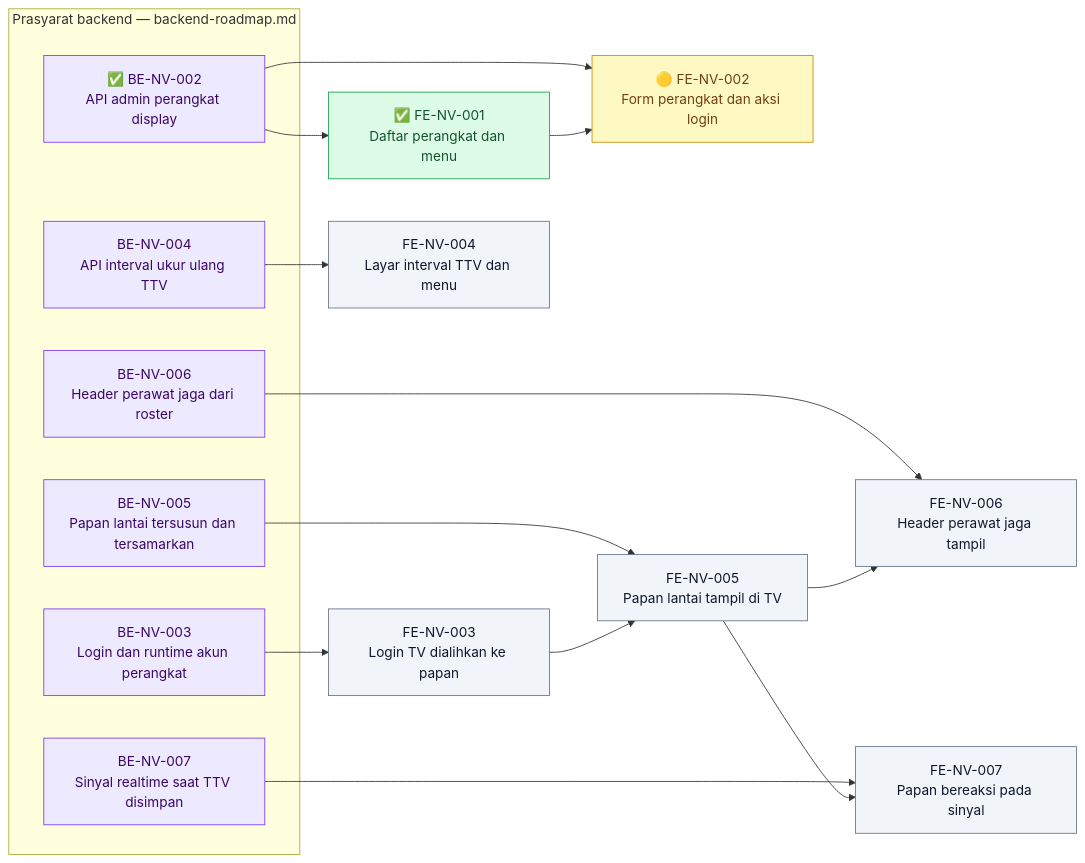
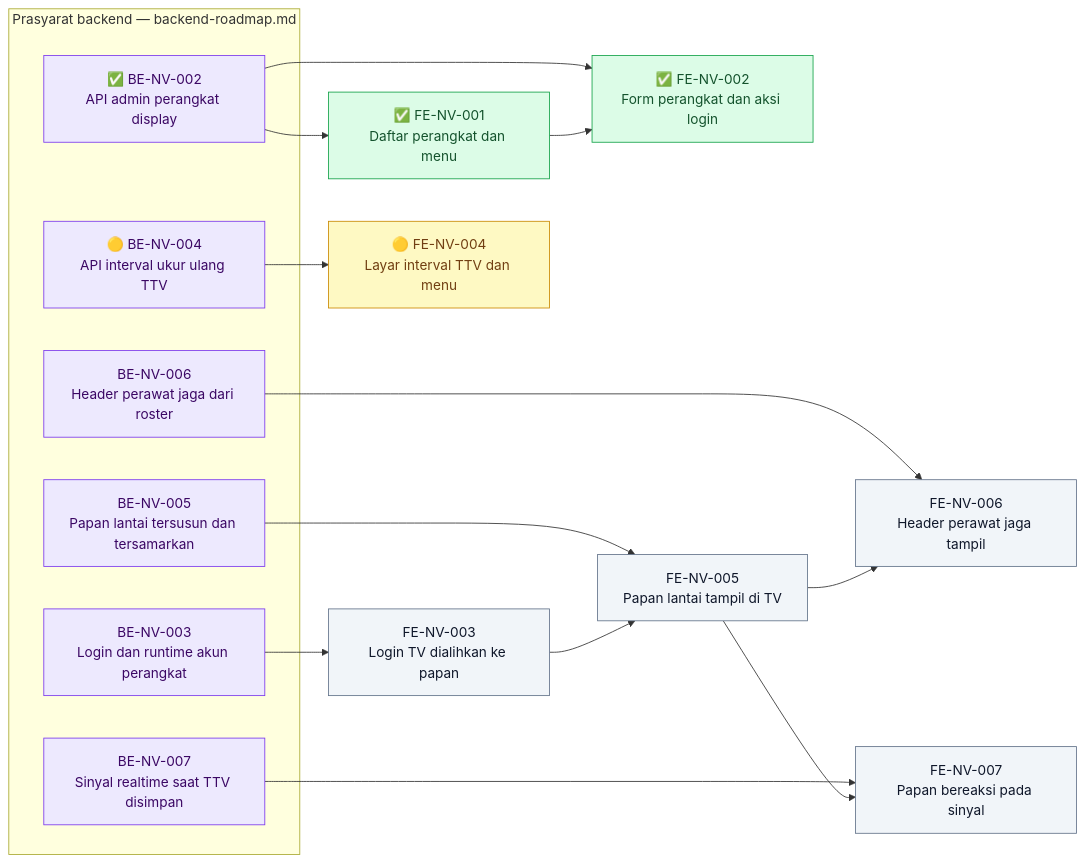
One commit to DevBenari/NewQuilvianSystemBackend changed the diagram in docs/module-blueprints/nurse-view/roadmap/frontend-roadmap.md. Above: the diagram before and after it, drawn with Mermaid. The commit also changed other lines of this file and 10 other files, not shown here.

````diff
--- a/docs/module-blueprints/nurse-view/roadmap/frontend-roadmap.md
+++ b/docs/module-blueprints/nurse-view/roadmap/frontend-roadmap.md
@@ -20,37 +20,37 @@
 ```mermaid
 flowchart LR
     classDef selesai fill:#DCFCE7,stroke:#16A34A,color:#14532D
     classDef sebagian fill:#FEF9C3,stroke:#CA8A04,color:#713F12
     classDef terblokir fill:#FEE2E2,stroke:#DC2626,color:#7F1D1D
     classDef belum fill:#F1F5F9,stroke:#64748B,color:#0F172A
     classDef luar fill:#EDE9FE,stroke:#7C3AED,color:#3B0764
 
     subgraph backend["Prasyarat backend — backend-roadmap.md"]
         BENV002["✅ BE-NV-002<br/>API admin perangkat display"]:::luar
         BENV003["BE-NV-003<br/>Login dan runtime akun perangkat"]:::luar
-        BENV004["BE-NV-004<br/>API interval ukur ulang TTV"]:::luar
+        BENV004["🟡 BE-NV-004<br/>API interval ukur ulang TTV"]:::luar
         BENV005["BE-NV-005<br/>Papan lantai tersusun dan tersamarkan"]:::luar
         BENV006["BE-NV-006<br/>Header perawat jaga dari roster"]:::luar
         BENV007["BE-NV-007<br/>Sinyal realtime saat TTV disimpan"]:::luar
     end
 
     FENV001["✅ FE-NV-001<br/>Daftar perangkat dan menu"]:::selesai
-    FENV002["🟡 FE-NV-002<br/>Form perangkat dan aksi login"]:::sebagian
+    FENV002["✅ FE-NV-002<br/>Form perangkat dan aksi login"]:::selesai
     FENV003["FE-NV-003<br/>Login TV dialihkan ke papan"]:::belum
-    FENV004["FE-NV-004<br/>Layar interval TTV dan menu"]:::belum
+    FENV004["🟡 FE-NV-004<br/>Layar interval TTV dan menu"]:::sebagian
     FENV005["FE-NV-005<br/>Papan lantai tampil di TV"]:::belum
     FENV006["FE-NV-006<br/>Header perawat jaga tampil"]:::belum
     FENV007["FE-NV-007<br/>Papan bereaksi pada sinyal"]:::belum
 
     BENV002 --> FENV001
     BENV002 --> FENV002
     FENV001 --> FENV002
     BENV003 --> FENV003
     BENV004 --> FENV004
     BENV005 --> FENV005
     FENV003 --> FENV005
     BENV006 --> FENV006
     FENV005 --> FENV006
     BENV007 --> FENV007
     FENV005 --> FENV007
 ```
````
